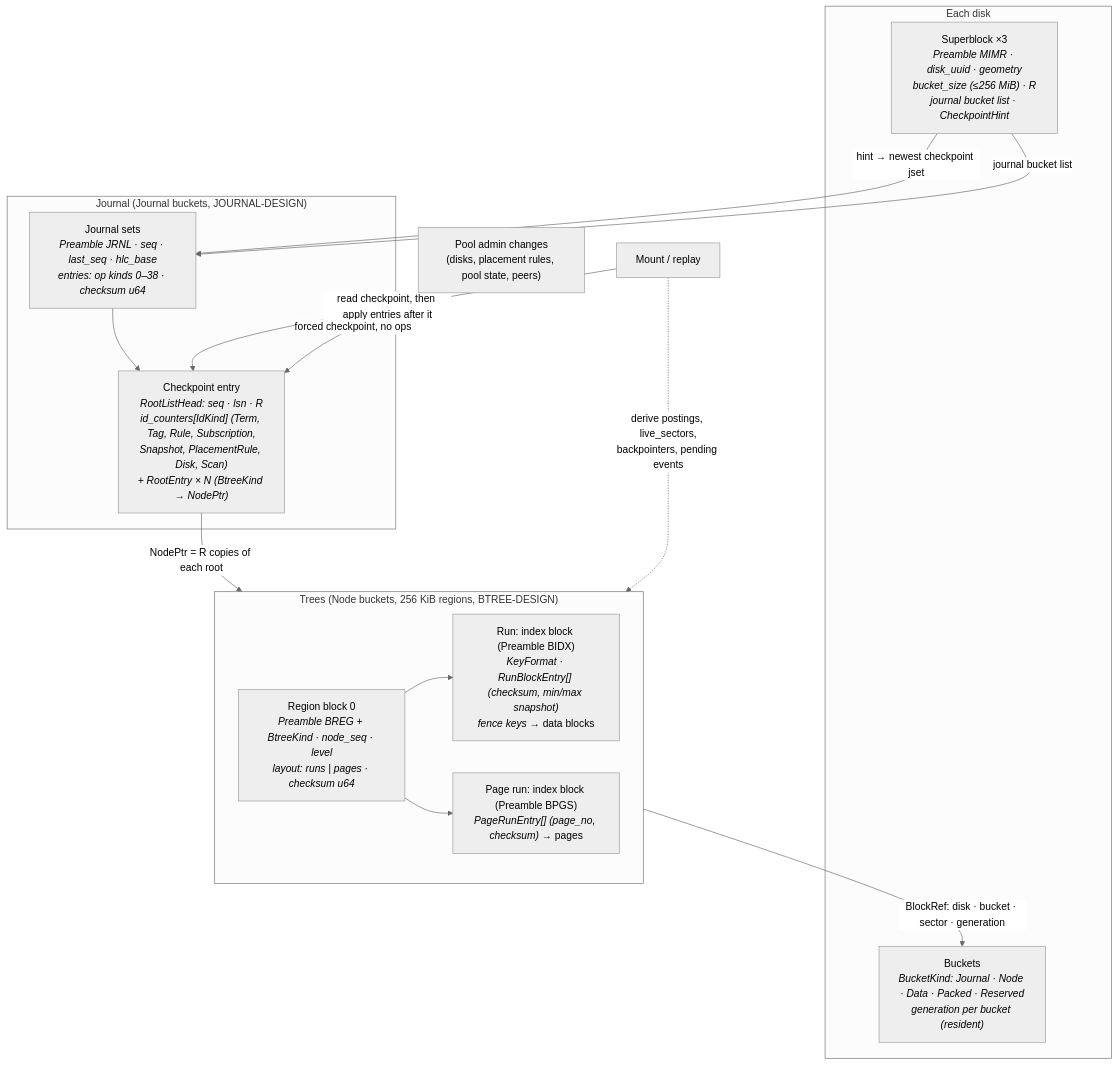
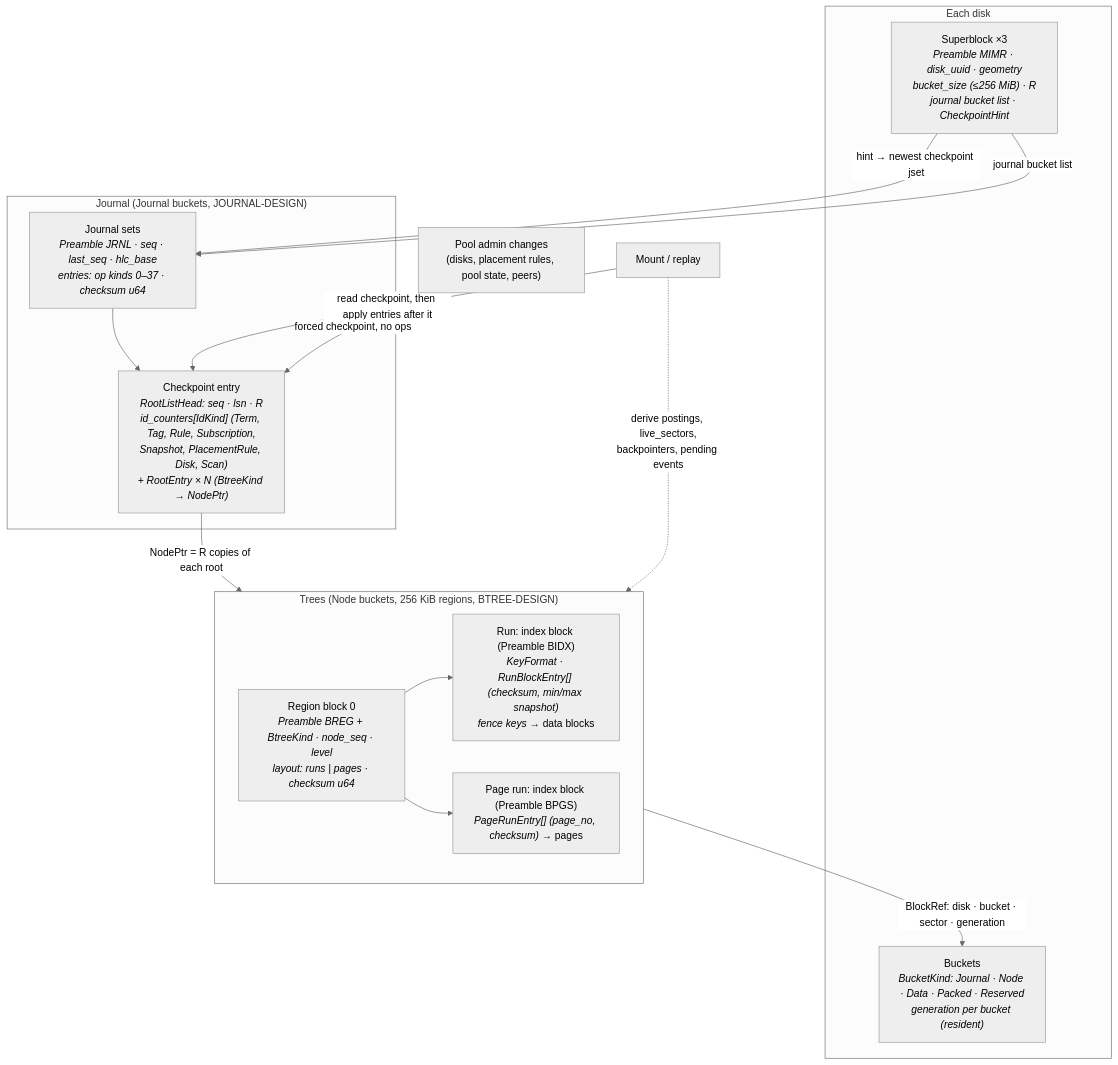
The first of 2 diagrams in doc/agentic/specification-design.md (metta-systems/mimisbrunnr), drawn with Mermaid (neutral theme) before and after one commit. The commit also changed other lines of this file and 29 other files, not shown here.

````diff
--- a/doc/agentic/specification-design.md
+++ b/doc/agentic/specification-design.md
@@ -1470,31 +1483,31 @@
 ```mermaid
 flowchart TB
     subgraph Disk["Each disk"]
         SB["Superblock ×3<br/><i>Preamble MIMR · disk_uuid · geometry<br/>bucket_size (≤256 MiB) · R<br/>journal bucket list · CheckpointHint</i>"]
         Buckets["Buckets<br/><i>BucketKind: Journal · Node · Data · Packed · Reserved<br/>generation per bucket (resident)</i>"]
     end
 
     subgraph Journal["Journal (Journal buckets, JOURNAL-DESIGN)"]
-        JSET["Journal sets<br/><i>Preamble JRNL · seq · last_seq · hlc_base<br/>entries: op kinds 0–38 · checksum u64</i>"]
+        JSET["Journal sets<br/><i>Preamble JRNL · seq · last_seq · hlc_base<br/>entries: op kinds 0–37 · checksum u64</i>"]
         CKPT["Checkpoint entry<br/><i>RootListHead: seq · lsn · R<br/>id_counters[IdKind] (Term, Tag, Rule, Subscription,<br/>Snapshot, PlacementRule, Disk, Scan)<br/>+ RootEntry × N (BtreeKind → NodePtr)</i>"]
         JSET --> CKPT
     end
 
     SB -->|"hint → newest checkpoint jset"| JSET
     SB -->|"journal bucket list"| JSET
     CKPT -->|"NodePtr = R copies of each root"| Trees
 
     subgraph Trees["Trees (Node buckets, 256 KiB regions, BTREE-DESIGN)"]
         REG["Region block 0<br/><i>Preamble BREG + BtreeKind · node_seq · level<br/>layout: runs | pages · checksum u64</i>"]
         RUN["Run: index block (Preamble BIDX)<br/><i>KeyFormat · RunBlockEntry[] (checksum, min/max snapshot)<br/>fence keys</i> → data blocks"]
         PG["Page run: index block (Preamble BPGS)<br/><i>PageRunEntry[] (page_no, checksum)</i> → pages"]
         REG --> RUN
         REG --> PG
     end
 
     Trees -->|"BlockRef: disk · bucket · sector · generation"| Buckets
     Replay["Mount / replay"] -->|"read checkpoint, then apply entries after it"| CKPT
     Replay -.->|"derive postings, live_sectors,<br/>backpointers, pending events"| Trees
 
     ADMIN["Pool admin changes<br/>(disks, placement rules, pool state, peers)"] -->|"forced checkpoint, no ops"| CKPT
 ```
````
